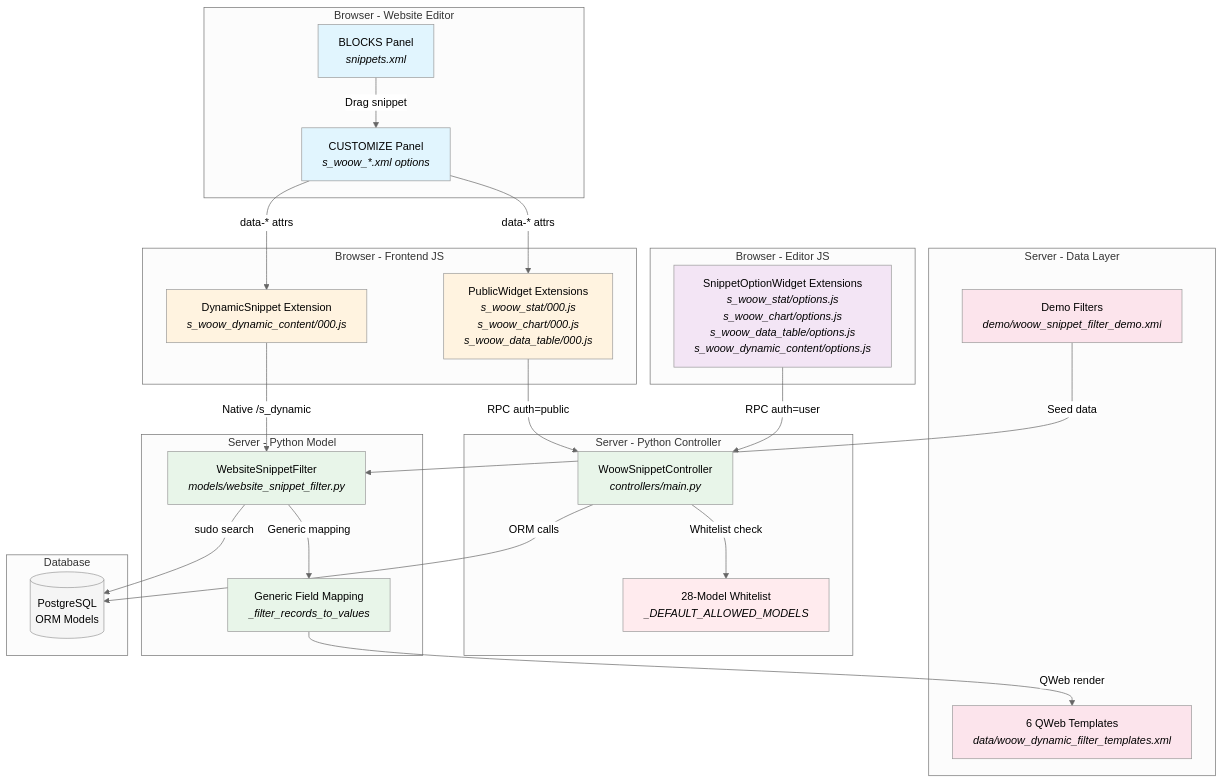
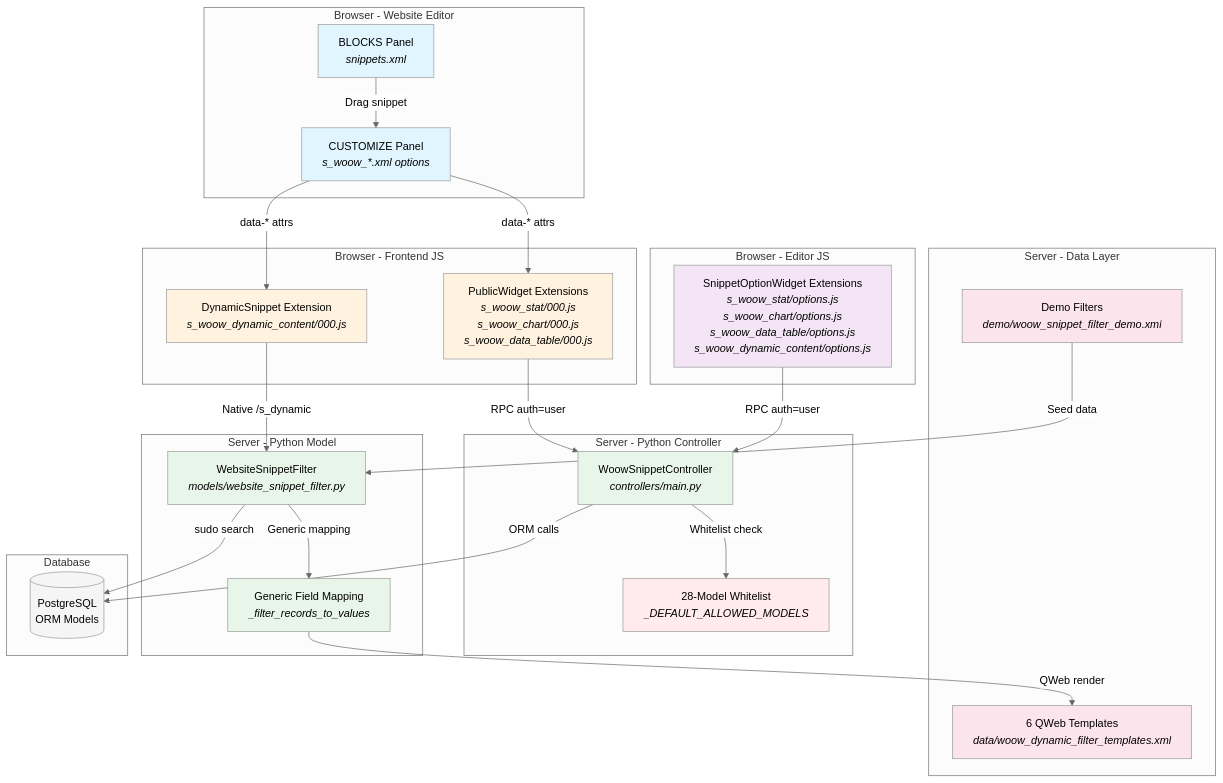
The first of 10 diagrams in docs/ARCHITECTURE.md (WOOWTECH/Woow_odoo_website_snippet), drawn with Mermaid (neutral theme) before and after one commit. The commit also changed other lines of this file and 21 other files, not shown here.

First line of the commit message:
security: snippet 資料端點改回需登入（auth='user'）並恢復設計師的動態內容篩選器權限

````diff
--- a/docs/ARCHITECTURE.md
+++ b/docs/ARCHITECTURE.md
@@ -47,61 +47,61 @@
 ```mermaid
 graph TB
     subgraph "Browser - Website Editor"
         A[BLOCKS Panel<br/><i>snippets.xml</i>]
         B[CUSTOMIZE Panel<br/><i>s_woow_*.xml options</i>]
     end
 
     subgraph "Browser - Frontend JS"
         C[PublicWidget Extensions<br/><i>s_woow_stat/000.js</i><br/><i>s_woow_chart/000.js</i><br/><i>s_woow_data_table/000.js</i>]
         D[DynamicSnippet Extension<br/><i>s_woow_dynamic_content/000.js</i>]
     end
 
     subgraph "Browser - Editor JS"
         E[SnippetOptionWidget Extensions<br/><i>s_woow_stat/options.js</i><br/><i>s_woow_chart/options.js</i><br/><i>s_woow_data_table/options.js</i><br/><i>s_woow_dynamic_content/options.js</i>]
     end
 
     subgraph "Server - Python Controller"
         F[WoowSnippetController<br/><i>controllers/main.py</i>]
         G[28-Model Whitelist<br/><i>_DEFAULT_ALLOWED_MODELS</i>]
     end
 
     subgraph "Server - Python Model"
         H[WebsiteSnippetFilter<br/><i>models/website_snippet_filter.py</i>]
         I[Generic Field Mapping<br/><i>_filter_records_to_values</i>]
     end
 
     subgraph "Server - Data Layer"
         J[6 QWeb Templates<br/><i>data/woow_dynamic_filter_templates.xml</i>]
         K[Demo Filters<br/><i>demo/woow_snippet_filter_demo.xml</i>]
     end
 
     subgraph "Database"
         L[(PostgreSQL<br/>ORM Models)]
     end
 
     A -->|"Drag snippet"| B
     B -->|"data-* attrs"| C
     B -->|"data-* attrs"| D
     E -->|"RPC auth=user"| F
-    C -->|"RPC auth=public"| F
+    C -->|"RPC auth=user"| F
     D -->|"Native /s_dynamic"| H
     F -->|"Whitelist check"| G
     F -->|"ORM calls"| L
     H -->|"sudo search"| L
     H -->|"Generic mapping"| I
     I -->|"QWeb render"| J
     K -->|"Seed data"| H
 
     style A fill:#e1f5fe
     style B fill:#e1f5fe
     style C fill:#fff3e0
     style D fill:#fff3e0
     style E fill:#f3e5f5
     style F fill:#e8f5e9
     style G fill:#ffebee
     style H fill:#e8f5e9
     style I fill:#e8f5e9
     style J fill:#fce4ec
     style K fill:#fce4ec
     style L fill:#f5f5f5
 ```
````
